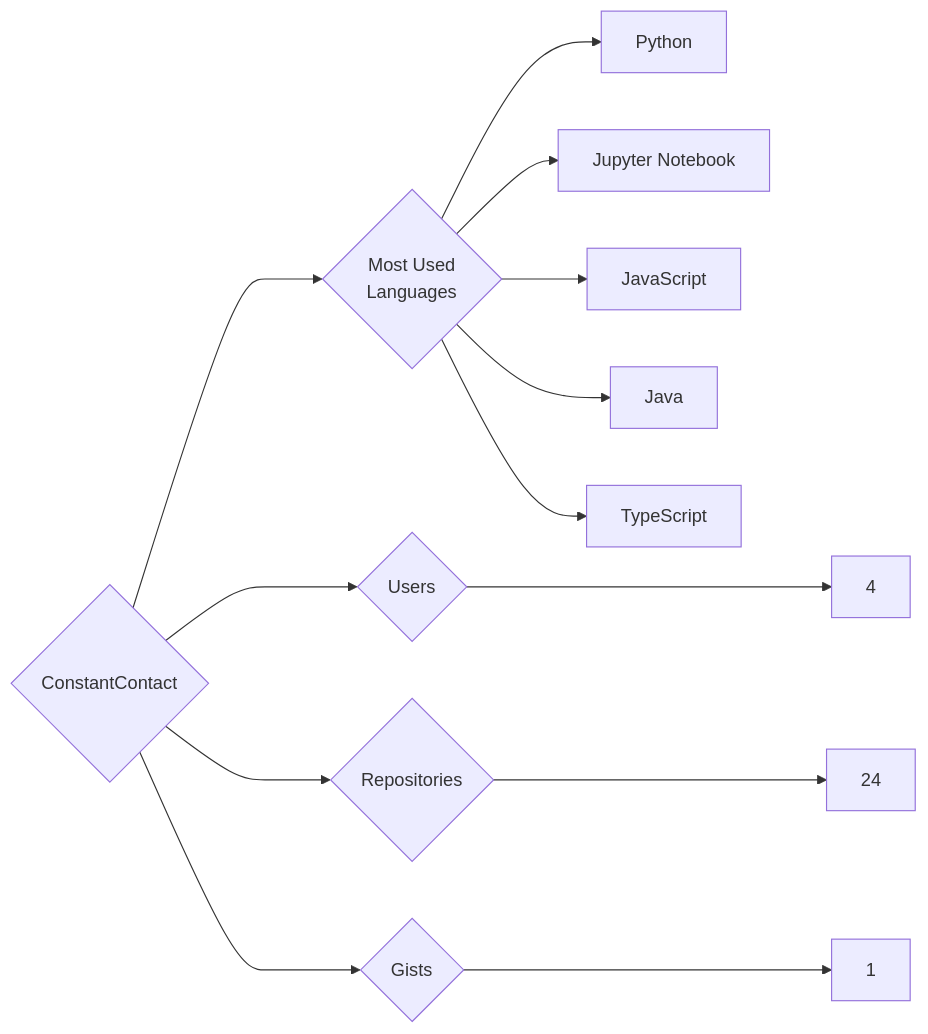
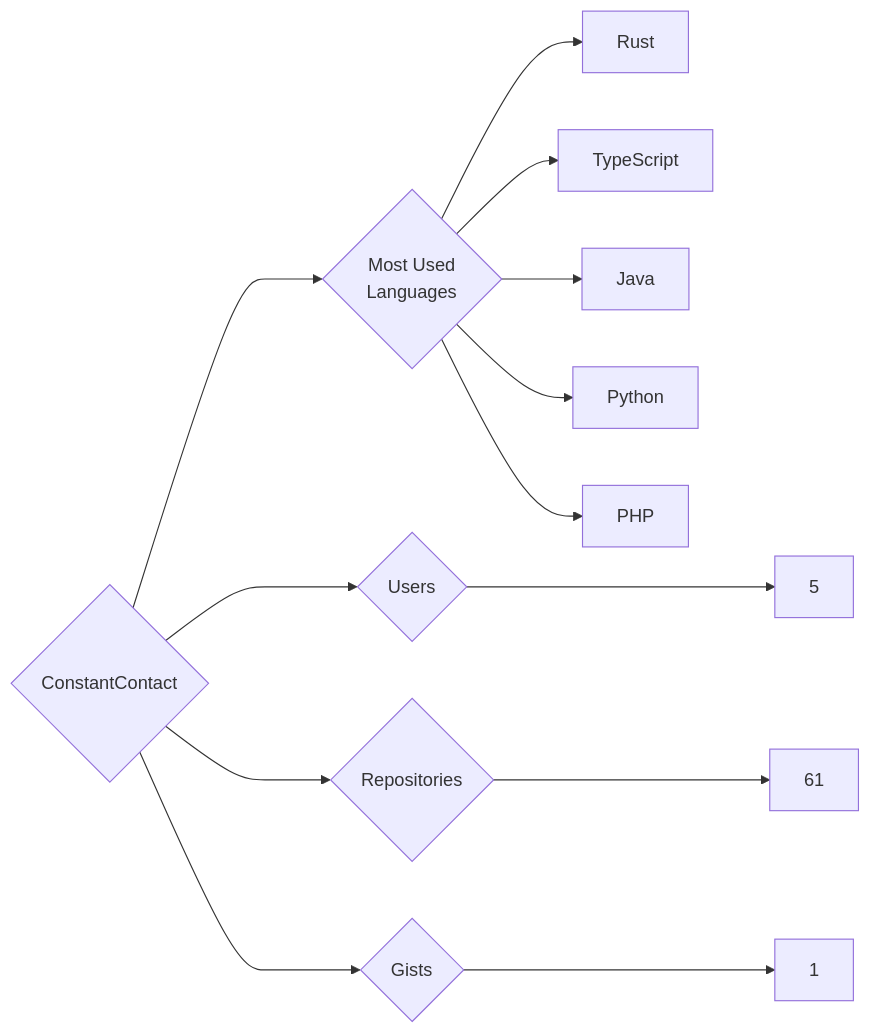
Before and after one commit to trickest/insiders: the diagram in targets/ConstantContact/README.md, drawn with Mermaid. The commit also changed 815 other files, not shown here.

````diff
--- a/targets/ConstantContact/README.md
+++ b/targets/ConstantContact/README.md
@@ -3,13 +3,13 @@
 ```mermaid
 graph LR
 COMPANY_NAME{ConstantContact}
-COMPANY_NAME ---> U{Users} ---> UN[4]
-COMPANY_NAME ---> R{Repositories} ---> RN[24]
+COMPANY_NAME ---> U{Users} ---> UN[5]
+COMPANY_NAME ---> R{Repositories} ---> RN[61]
 COMPANY_NAME ---> G{Gists} ---> GN[1]
 COMPANY_NAME ---> ML{Most Used<br>Languages}
+ML --> Rust[Rust]
+ML --> TypeScript[TypeScript]
+ML --> Java[Java]
 ML --> Python[Python]
-ML --> Jupyter_Notebook[Jupyter Notebook]
-ML --> JavaScript[JavaScript]
-ML --> Java[Java]
-ML --> TypeScript[TypeScript]
+ML --> PHP[PHP]
 ```
````
